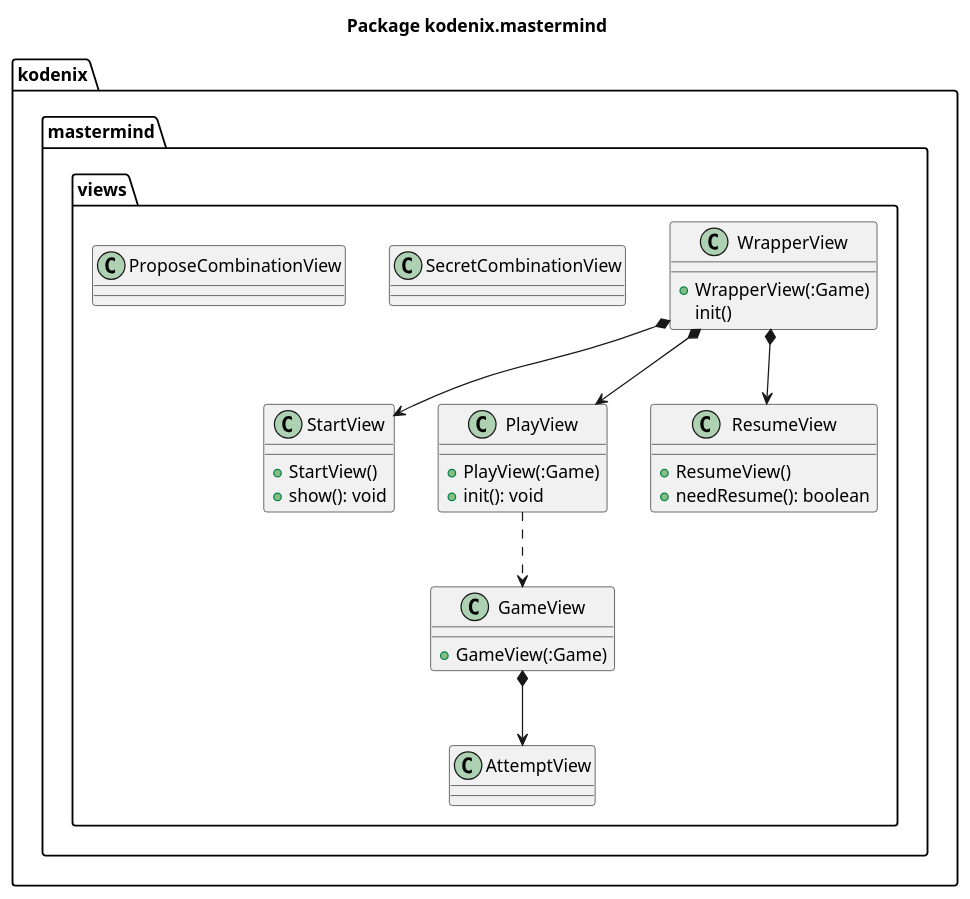
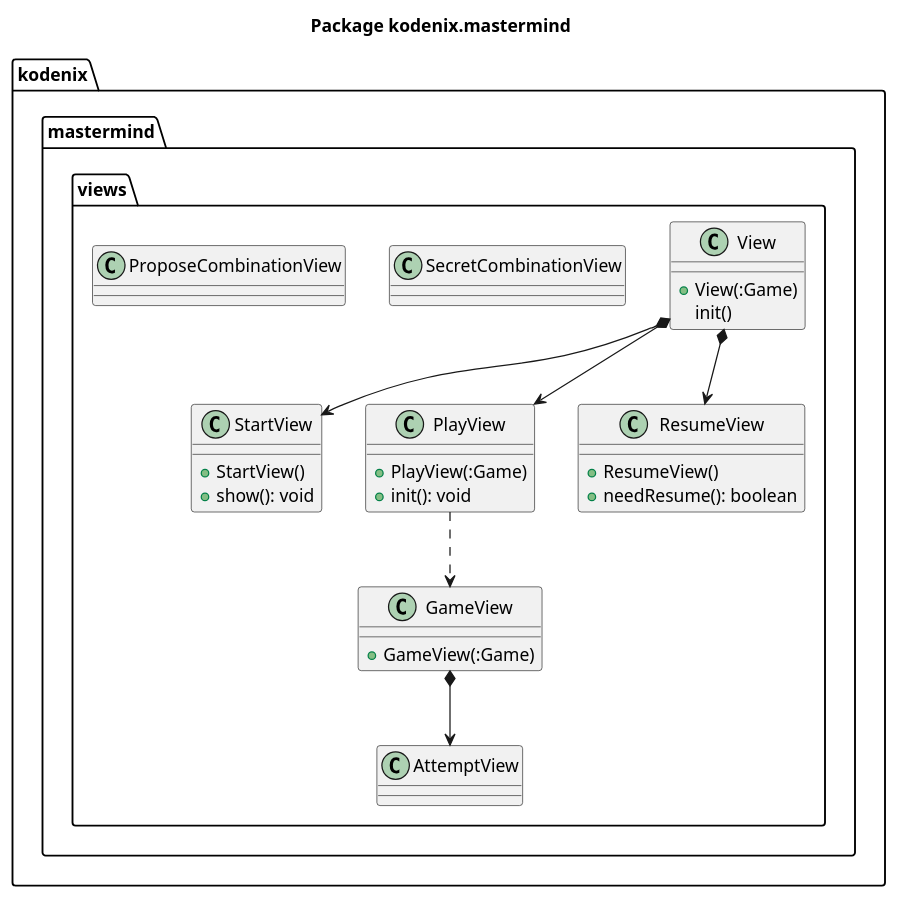
Before and after one commit to Master-Desarrollo-20-21/diseno-oo-ejercicio2-mastermind-document-view-kodenix: the diagram in docs/diagrams/src/paquetes/kodenix.mastermind.views.plantuml, drawn with PlantUML. The commit also changed 4 other files, not shown here.

```diff
--- a/docs/diagrams/src/paquetes/kodenix.mastermind.views.plantuml
+++ b/docs/diagrams/src/paquetes/kodenix.mastermind.views.plantuml
@@ -1,40 +1,40 @@
 @startuml package-mastermind
 title Package kodenix.mastermind 
 
 package kodenix.mastermind.views {
-    class WrapperView {
-        +WrapperView(:Game)
+    class View {
+        +View(:Game)
         init()
     }
     class StartView {
         +StartView()
         +show(): void
     }
     class PlayView {
         +PlayView(:Game)
         +init(): void
     }
     class GameView {
         +GameView(:Game)
     }
     class ResumeView {
         +ResumeView()
         +needResume(): boolean
     }
     class AttemptView {}
     class SecretCombinationView {}
     class ProposeCombinationView {}
 
     
-    WrapperView *-down-> StartView
-    WrapperView *-down-> PlayView
-    WrapperView *-down-> ResumeView
+    View *-down-> StartView
+    View *-down-> PlayView
+    View *-down-> ResumeView
     PlayView .down.> GameView
     GameView *-down-> AttemptView
     
 }
 
 
 
 
 @enduml
```
